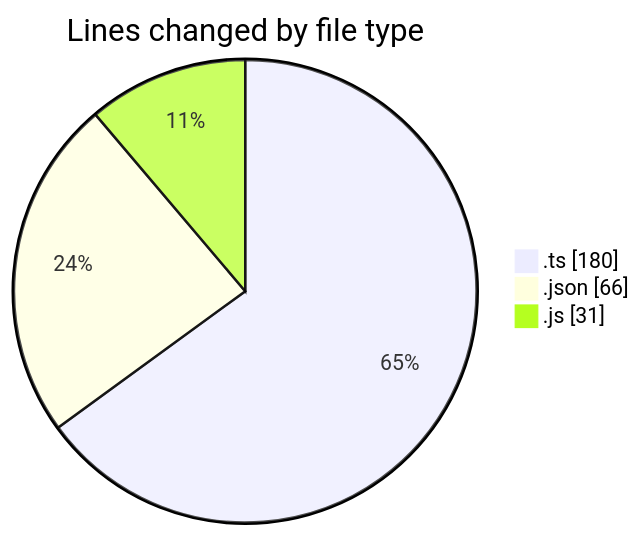
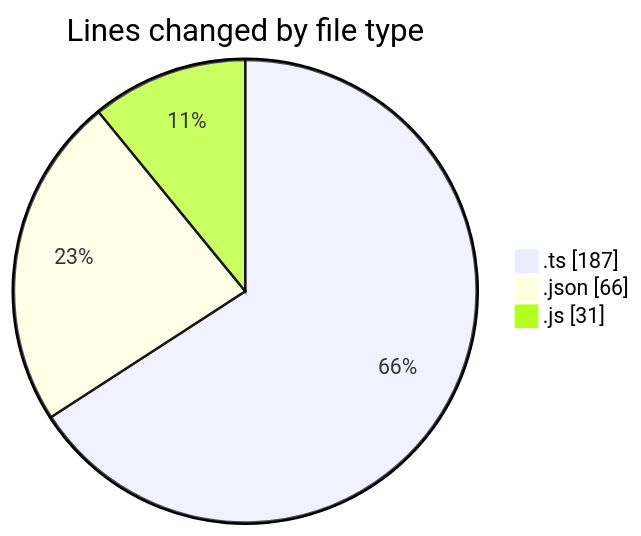
The first of 2 diagrams in 2026-02-05/singularitybrainai/README.md (tmsrecording-cyber/code-tracking), drawn with Mermaid before and after one commit. The commit also changed other lines of this file and 1 other file, not shown here.

````diff
--- a/2026-02-05/singularitybrainai/README.md
+++ b/2026-02-05/singularitybrainai/README.md
@@ -23,7 +23,7 @@
 ```mermaid
 pie showData
 title Lines changed by file type
-".ts" : 180
+".ts" : 187
 ".json" : 66
 ".js" : 31
 ```
````
